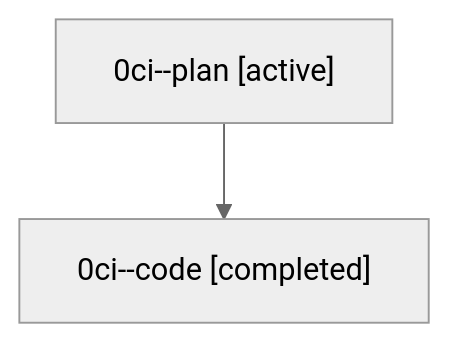
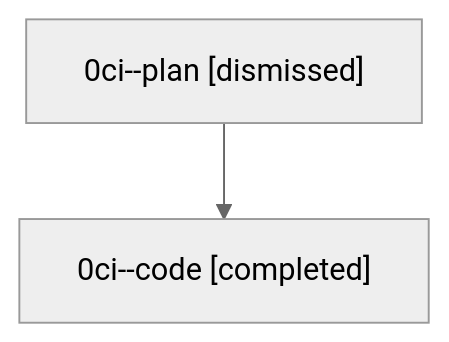
The diagram in sessions/bbugyi200.athena.0ci.md (sase-org/sase--agents), drawn with Mermaid (neutral theme) before and after one commit. The commit also changed other lines of this file and 28 other files, not shown here.

````diff
--- a/sessions/bbugyi200.athena.0ci.md
+++ b/sessions/bbugyi200.athena.0ci.md
@@ -9,6 +9,6 @@
 ```mermaid
 flowchart TD
-  n0["0ci--plan [active]"]
+  n0["0ci--plan [dismissed]"]
   n1["0ci--code [completed]"]
   n0 --> n1
 ```
````
